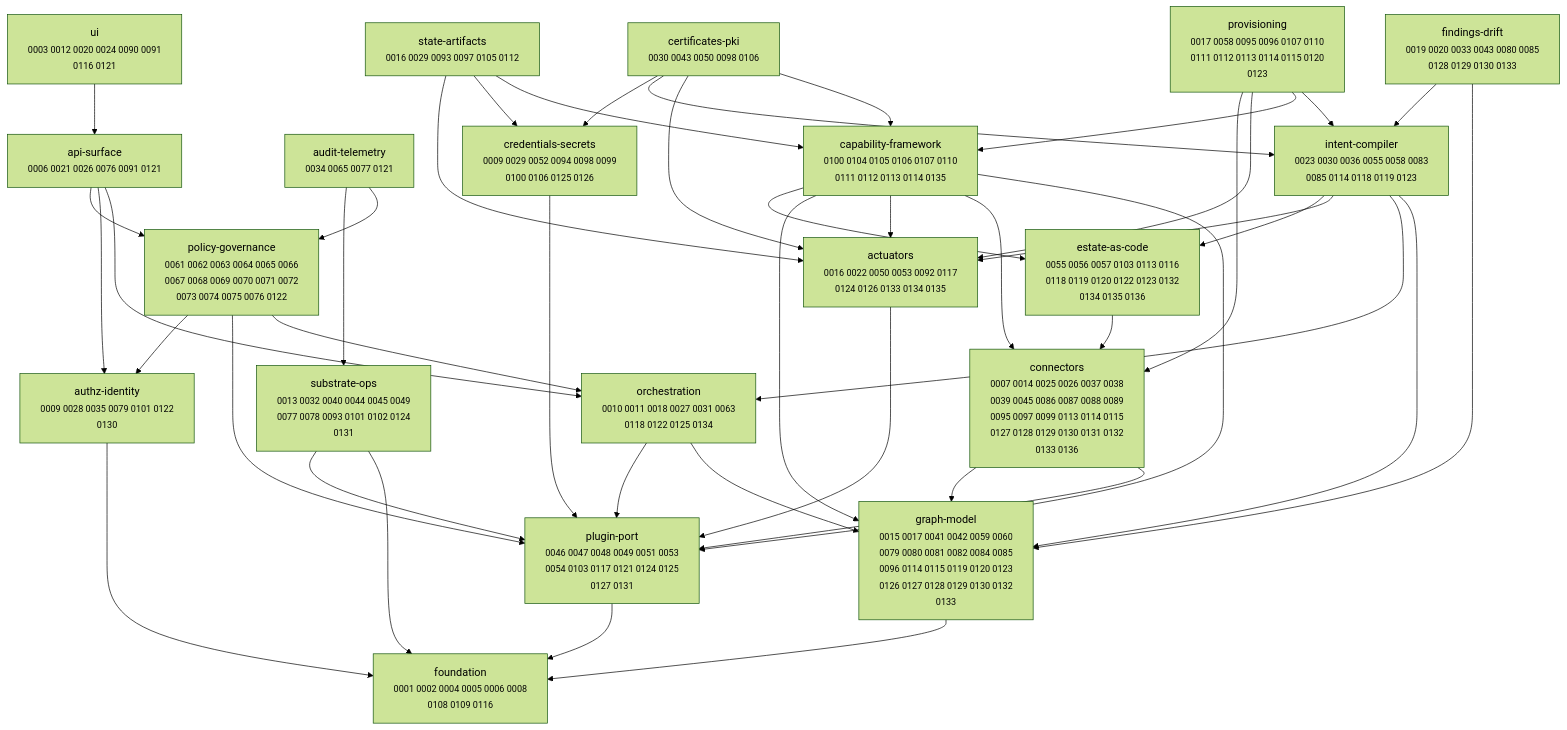
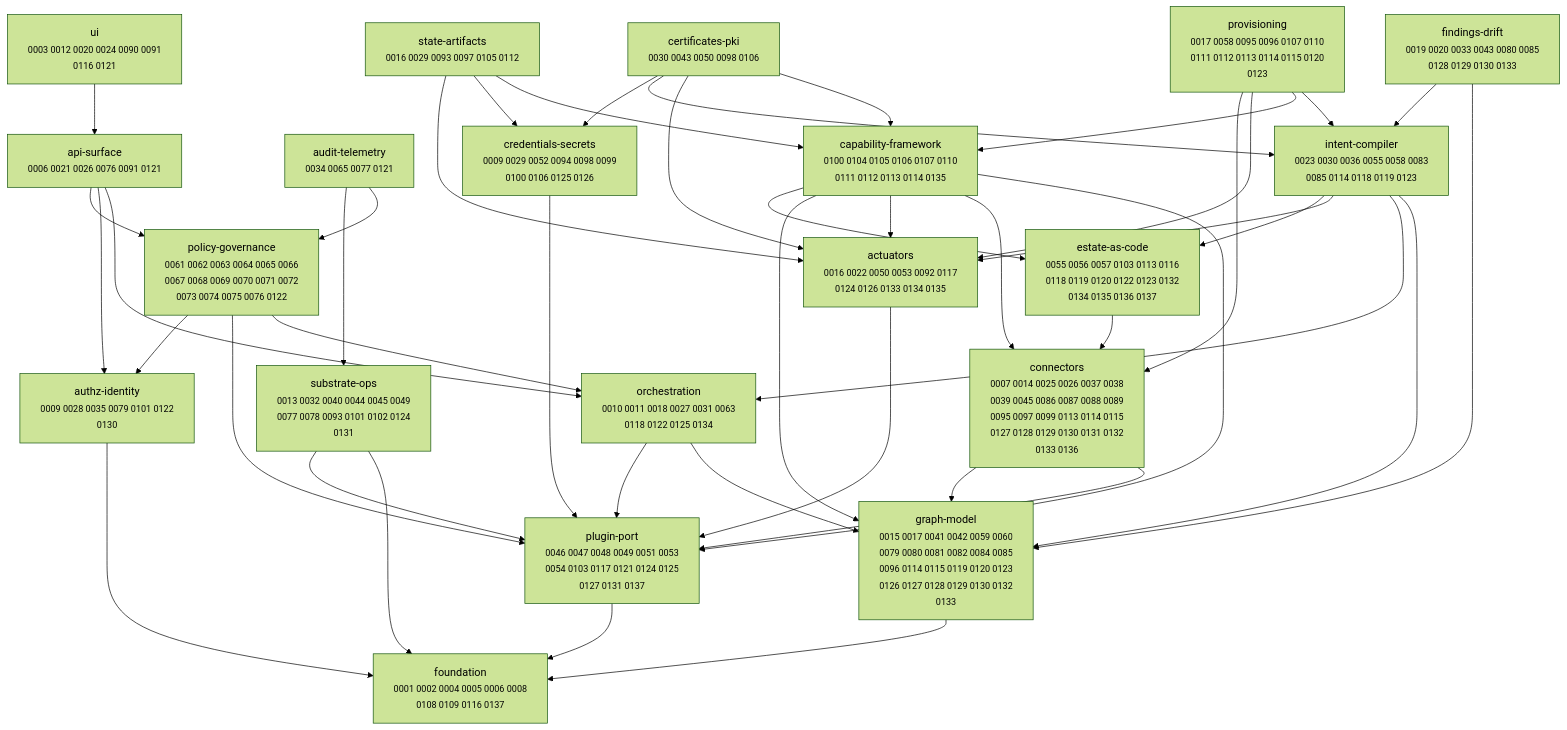
Before and after one commit to dstout-devops/stratt: the diagram in docs/adr/MAP.md, drawn with Mermaid (forest theme). The commit also changed other lines of this file and 2 other files, not shown here.

````diff
--- a/docs/adr/MAP.md
+++ b/docs/adr/MAP.md
@@ -11,67 +11,67 @@
 ```mermaid
 graph TD
   actuators["actuators<br/><small>0016 0022 0050 0053 0092 0117<br/>0124 0126 0133 0134 0135</small>"]
   api_surface["api-surface<br/><small>0006 0021 0026 0076 0091 0121</small>"]
   audit_telemetry["audit-telemetry<br/><small>0034 0065 0077 0121</small>"]
   authz_identity["authz-identity<br/><small>0009 0028 0035 0079 0101 0122<br/>0130</small>"]
   capability_framework["capability-framework<br/><small>0100 0104 0105 0106 0107 0110<br/>0111 0112 0113 0114 0135</small>"]
   certificates_pki["certificates-pki<br/><small>0030 0043 0050 0098 0106</small>"]
   connectors["connectors<br/><small>0007 0014 0025 0026 0037 0038<br/>0039 0045 0086 0087 0088 0089<br/>0095 0097 0099 0113 0114 0115<br/>0127 0128 0129 0130 0131 0132<br/>0133 0136</small>"]
   credentials_secrets["credentials-secrets<br/><small>0009 0029 0052 0094 0098 0099<br/>0100 0106 0125 0126</small>"]
-  estate_as_code["estate-as-code<br/><small>0055 0056 0057 0103 0113 0116<br/>0118 0119 0120 0122 0123 0132<br/>0134 0135 0136</small>"]
+  estate_as_code["estate-as-code<br/><small>0055 0056 0057 0103 0113 0116<br/>0118 0119 0120 0122 0123 0132<br/>0134 0135 0136 0137</small>"]
   findings_drift["findings-drift<br/><small>0019 0020 0033 0043 0080 0085<br/>0128 0129 0130 0133</small>"]
-  foundation["foundation<br/><small>0001 0002 0004 0005 0006 0008<br/>0108 0109 0116</small>"]
+  foundation["foundation<br/><small>0001 0002 0004 0005 0006 0008<br/>0108 0109 0116 0137</small>"]
   graph_model["graph-model<br/><small>0015 0017 0041 0042 0059 0060<br/>0079 0080 0081 0082 0084 0085<br/>0096 0114 0115 0119 0120 0123<br/>0126 0127 0128 0129 0130 0132<br/>0133</small>"]
   intent_compiler["intent-compiler<br/><small>0023 0030 0036 0055 0058 0083<br/>0085 0114 0118 0119 0123</small>"]
   orchestration["orchestration<br/><small>0010 0011 0018 0027 0031 0063<br/>0118 0122 0125 0134</small>"]
-  plugin_port["plugin-port<br/><small>0046 0047 0048 0049 0051 0053<br/>0054 0103 0117 0121 0124 0125<br/>0127 0131</small>"]
+  plugin_port["plugin-port<br/><small>0046 0047 0048 0049 0051 0053<br/>0054 0103 0117 0121 0124 0125<br/>0127 0131 0137</small>"]
   policy_governance["policy-governance<br/><small>0061 0062 0063 0064 0065 0066<br/>0067 0068 0069 0070 0071 0072<br/>0073 0074 0075 0076 0122</small>"]
   provisioning["provisioning<br/><small>0017 0058 0095 0096 0107 0110<br/>0111 0112 0113 0114 0115 0120<br/>0123</small>"]
   state_artifacts["state-artifacts<br/><small>0016 0029 0093 0097 0105 0112</small>"]
   substrate_ops["substrate-ops<br/><small>0013 0032 0040 0044 0045 0049<br/>0077 0078 0093 0101 0102 0124<br/>0131</small>"]
   ui["ui<br/><small>0003 0012 0020 0024 0090 0091<br/>0116 0121</small>"]
 
   actuators --> plugin_port
   api_surface --> orchestration
   api_surface --> authz_identity
   api_surface --> policy_governance
   audit_telemetry --> policy_governance
   audit_telemetry --> substrate_ops
   authz_identity --> foundation
   capability_framework --> plugin_port
   capability_framework --> connectors
   capability_framework --> actuators
   capability_framework --> graph_model
   capability_framework --> estate_as_code
   certificates_pki --> capability_framework
   certificates_pki --> actuators
   certificates_pki --> intent_compiler
   certificates_pki --> credentials_secrets
   connectors --> plugin_port
   connectors --> graph_model
   credentials_secrets --> plugin_port
   estate_as_code --> connectors
   findings_drift --> graph_model
   findings_drift --> intent_compiler
   graph_model --> foundation
   intent_compiler --> graph_model
   intent_compiler --> orchestration
   intent_compiler --> actuators
   intent_compiler --> estate_as_code
   orchestration --> graph_model
   orchestration --> plugin_port
   plugin_port --> foundation
   policy_governance --> orchestration
   policy_governance --> plugin_port
   policy_governance --> authz_identity
   provisioning --> intent_compiler
   provisioning --> capability_framework
   provisioning --> actuators
   provisioning --> connectors
   state_artifacts --> capability_framework
   state_artifacts --> credentials_secrets
   state_artifacts --> actuators
   substrate_ops --> foundation
   substrate_ops --> plugin_port
   ui --> api_surface
 ```
````
